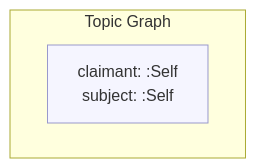
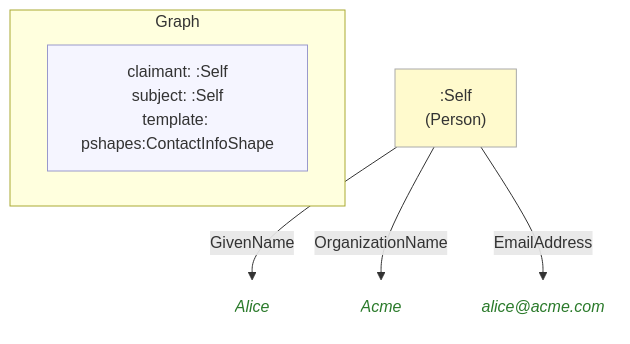
Before and after one commit to MeeFoundation/mia-ontologies: the diagram in example/graphs/images/graph-36.mmd, drawn with Mermaid. The commit also changed 170 other files, not shown here.

First line of the commit message:
Rename JSContactCard to ContactInfo; allow a manual topic on any MemberCell

```diff
--- a/example/graphs/images/graph-36.mmd
+++ b/example/graphs/images/graph-36.mmd
@@ -1,10 +1,19 @@
 flowchart TD
     classDef person fill:#fffacd,stroke:#aaa,color:#333
     classDef org    fill:#cce5ff,stroke:#aaa,color:#333
     classDef lit    fill:none,stroke:none,font-style:italic,color:#2a7a2a
     classDef meta   fill:#f5f5ff,stroke:#9999cc,color:#333
 
-    subgraph ctx["Topic Graph"]
+    subgraph ctx["Graph"]
         direction LR
-        ctx_meta["claimant: :Self\nsubject: :Self"]:::meta
+        ctx_meta["claimant: :Self\nsubject: :Self\ntemplate: pshapes:ContactInfoShape"]:::meta
     end
+
+    ne0c3ba92f1db[":Self\n(Person)"]:::person
+    n674356081cf5("Alice"):::lit
+    nc4fc44f67910("Acme"):::lit
+    n708a6f329639("alice@acme.com"):::lit
+
+    ne0c3ba92f1db -->|"GivenName"| n674356081cf5
+    ne0c3ba92f1db -->|"OrganizationName"| nc4fc44f67910
+    ne0c3ba92f1db -->|"EmailAddress"| n708a6f329639
```
